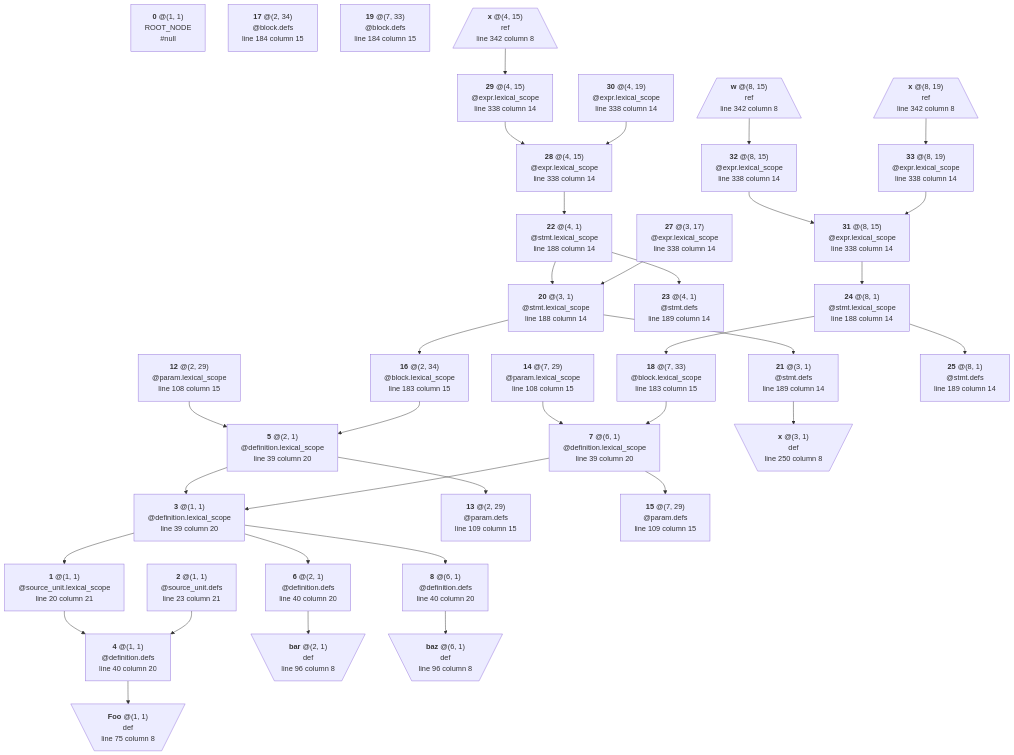
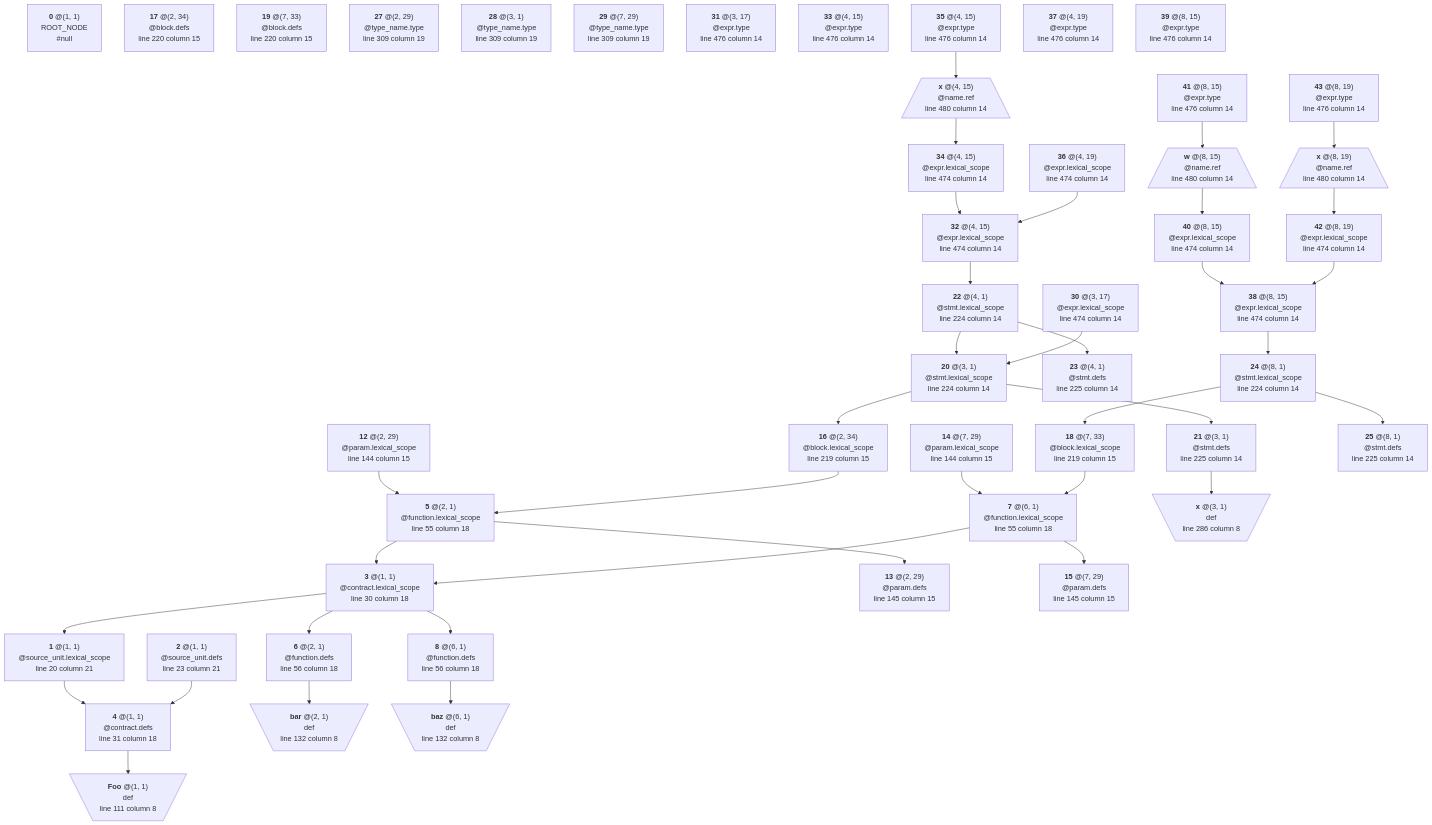
Before and after one commit to manastech/slang: the diagram in crates/solidity/testing/snapshots/bindings_output/lexical/generated/local_vars.sol-0.5.0.mmd, drawn with Mermaid. The commit also changed 21 other files, not shown here.

```diff
--- a/crates/solidity/testing/snapshots/bindings_output/lexical/generated/local_vars.sol-0.5.0.mmd
+++ b/crates/solidity/testing/snapshots/bindings_output/lexical/generated/local_vars.sol-0.5.0.mmd
@@ -1,145 +1,178 @@
 graph TD
 	N0["`**0** @(1, 1)
 ROOT_NODE
 #null`"]
 	N1["`**1** @(1, 1)
 @source_unit.lexical_scope
 line 20 column 21`"]
 	N1 --> N4
 	N2["`**2** @(1, 1)
 @source_unit.defs
 line 23 column 21`"]
 	N2 --> N4
 	N3["`**3** @(1, 1)
-@definition.lexical_scope
-line 39 column 20`"]
+@contract.lexical_scope
+line 30 column 18`"]
 	N3 --> N1
 	N3 --> N6
 	N3 --> N8
 	N4["`**4** @(1, 1)
-@definition.defs
-line 40 column 20`"]
+@contract.defs
+line 31 column 18`"]
 	N4 --> N9
 	N5["`**5** @(2, 1)
-@definition.lexical_scope
-line 39 column 20`"]
+@function.lexical_scope
+line 55 column 18`"]
 	N5 --> N3
 	N5 --> N13
 	N6["`**6** @(2, 1)
-@definition.defs
-line 40 column 20`"]
+@function.defs
+line 56 column 18`"]
 	N6 --> N10
 	N7["`**7** @(6, 1)
-@definition.lexical_scope
-line 39 column 20`"]
+@function.lexical_scope
+line 55 column 18`"]
 	N7 --> N3
 	N7 --> N15
 	N8["`**8** @(6, 1)
-@definition.defs
-line 40 column 20`"]
+@function.defs
+line 56 column 18`"]
 	N8 --> N11
 	N9[\"`**Foo** @(1, 1)
 def
-line 75 column 8`"/]
+line 111 column 8`"/]
 	N10[\"`**bar** @(2, 1)
 def
-line 96 column 8`"/]
+line 132 column 8`"/]
 	N11[\"`**baz** @(6, 1)
 def
-line 96 column 8`"/]
+line 132 column 8`"/]
 	N12["`**12** @(2, 29)
 @param.lexical_scope
-line 108 column 15`"]
+line 144 column 15`"]
 	N12 --> N5
 	N13["`**13** @(2, 29)
 @param.defs
-line 109 column 15`"]
+line 145 column 15`"]
 	N14["`**14** @(7, 29)
 @param.lexical_scope
-line 108 column 15`"]
+line 144 column 15`"]
 	N14 --> N7
 	N15["`**15** @(7, 29)
 @param.defs
-line 109 column 15`"]
+line 145 column 15`"]
 	N16["`**16** @(2, 34)
 @block.lexical_scope
-line 183 column 15`"]
+line 219 column 15`"]
 	N16 --> N5
 	N17["`**17** @(2, 34)
 @block.defs
-line 184 column 15`"]
+line 220 column 15`"]
 	N18["`**18** @(7, 33)
 @block.lexical_scope
-line 183 column 15`"]
+line 219 column 15`"]
 	N18 --> N7
 	N19["`**19** @(7, 33)
 @block.defs
-line 184 column 15`"]
+line 220 column 15`"]
 	N20["`**20** @(3, 1)
 @stmt.lexical_scope
-line 188 column 14`"]
+line 224 column 14`"]
 	N20 --> N16
 	N20 --> N21
 	N21["`**21** @(3, 1)
 @stmt.defs
-line 189 column 14`"]
+line 225 column 14`"]
 	N21 --> N26
 	N22["`**22** @(4, 1)
 @stmt.lexical_scope
-line 188 column 14`"]
+line 224 column 14`"]
 	N22 --> N20
 	N22 --> N23
 	N23["`**23** @(4, 1)
 @stmt.defs
-line 189 column 14`"]
+line 225 column 14`"]
 	N24["`**24** @(8, 1)
 @stmt.lexical_scope
-line 188 column 14`"]
+line 224 column 14`"]
 	N24 --> N18
 	N24 --> N25
 	N25["`**25** @(8, 1)
 @stmt.defs
-line 189 column 14`"]
+line 225 column 14`"]
 	N26[\"`**x** @(3, 1)
 def
-line 250 column 8`"/]
-	N27["`**27** @(3, 17)
+line 286 column 8`"/]
+	N27["`**27** @(2, 29)
+@type_name.type
+line 309 column 19`"]
+	N28["`**28** @(3, 1)
+@type_name.type
+line 309 column 19`"]
+	N29["`**29** @(7, 29)
+@type_name.type
+line 309 column 19`"]
+	N30["`**30** @(3, 17)
 @expr.lexical_scope
-line 338 column 14`"]
-	N27 --> N20
-	N28["`**28** @(4, 15)
+line 474 column 14`"]
+	N30 --> N20
+	N31["`**31** @(3, 17)
+@expr.type
+line 476 column 14`"]
+	N32["`**32** @(4, 15)
 @expr.lexical_scope
-line 338 column 14`"]
-	N28 --> N22
-	N29["`**29** @(4, 15)
+line 474 column 14`"]
+	N32 --> N22
+	N33["`**33** @(4, 15)
+@expr.type
+line 476 column 14`"]
+	N34["`**34** @(4, 15)
 @expr.lexical_scope
-line 338 column 14`"]
-	N29 --> N28
-	N30["`**30** @(4, 19)
+line 474 column 14`"]
+	N34 --> N32
+	N35["`**35** @(4, 15)
+@expr.type
+line 476 column 14`"]
+	N35 --> N44
+	N36["`**36** @(4, 19)
 @expr.lexical_scope
-line 338 column 14`"]
-	N30 --> N28
-	N31["`**31** @(8, 15)
+line 474 column 14`"]
+	N36 --> N32
+	N37["`**37** @(4, 19)
+@expr.type
+line 476 column 14`"]
+	N38["`**38** @(8, 15)
 @expr.lexical_scope
-line 338 column 14`"]
-	N31 --> N24
-	N32["`**32** @(8, 15)
+line 474 column 14`"]
+	N38 --> N24
+	N39["`**39** @(8, 15)
+@expr.type
+line 476 column 14`"]
+	N40["`**40** @(8, 15)
 @expr.lexical_scope
-line 338 column 14`"]
-	N32 --> N31
-	N33["`**33** @(8, 19)
+line 474 column 14`"]
+	N40 --> N38
+	N41["`**41** @(8, 15)
+@expr.type
+line 476 column 14`"]
+	N41 --> N45
+	N42["`**42** @(8, 19)
 @expr.lexical_scope
-line 338 column 14`"]
-	N33 --> N31
-	N34[/"`**x** @(4, 15)
-ref
-line 342 column 8`"\]
-	N34 --> N29
-	N35[/"`**w** @(8, 15)
-ref
-line 342 column 8`"\]
-	N35 --> N32
-	N36[/"`**x** @(8, 19)
-ref
-line 342 column 8`"\]
-	N36 --> N33
+line 474 column 14`"]
+	N42 --> N38
+	N43["`**43** @(8, 19)
+@expr.type
+line 476 column 14`"]
+	N43 --> N46
+	N44[/"`**x** @(4, 15)
+@name.ref
+line 480 column 14`"\]
+	N44 --> N34
+	N45[/"`**w** @(8, 15)
+@name.ref
+line 480 column 14`"\]
+	N45 --> N40
+	N46[/"`**x** @(8, 19)
+@name.ref
+line 480 column 14`"\]
+	N46 --> N42
```
